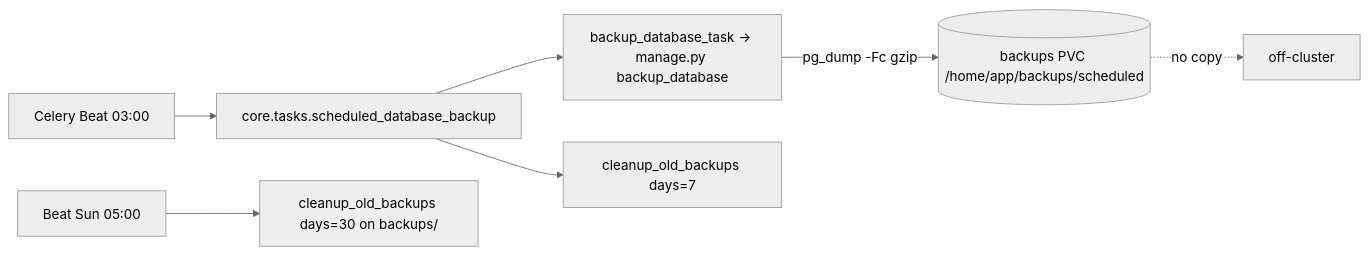
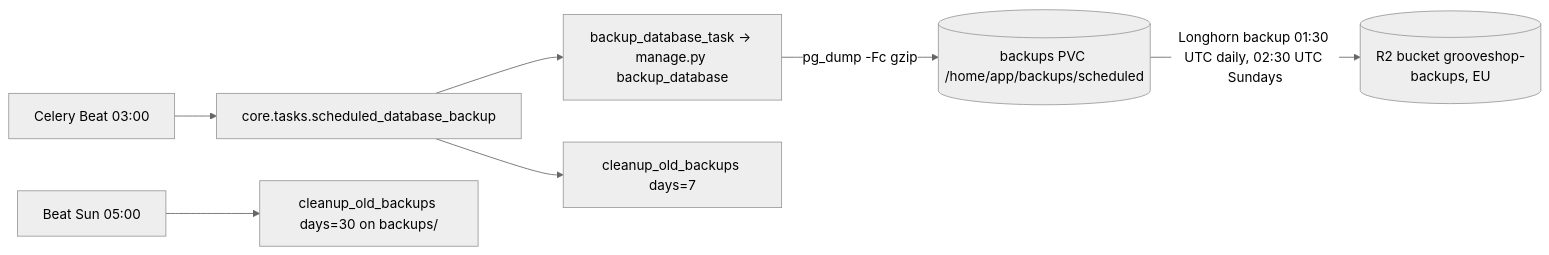
One commit to vasilistotskas/grooveshop-docs changed the diagram in src/dev/operations/backups.md. Above: the diagram before and after it, drawn with Mermaid (neutral theme). The commit also changed other lines of this file and 8 other files, not shown here.

````diff
--- a/src/dev/operations/backups.md
+++ b/src/dev/operations/backups.md
@@ -16,9 +20,9 @@
 ```mermaid
 flowchart LR
   B[Celery Beat 03:00] --> T[core.tasks.scheduled_database_backup]
   T --> D[backup_database_task → manage.py backup_database]
   D -->|pg_dump -Fc gzip| P[(backups PVC /home/app/backups/scheduled)]
   T --> C[cleanup_old_backups days=7]
   W[Beat Sun 05:00] --> C2[cleanup_old_backups days=30 on backups/]
-  P -. no copy .-> X[off-cluster]
+  P -->|Longhorn backup 01:30 UTC daily, 02:30 UTC Sundays| X[(R2 bucket grooveshop-backups, EU)]
 ```
````
